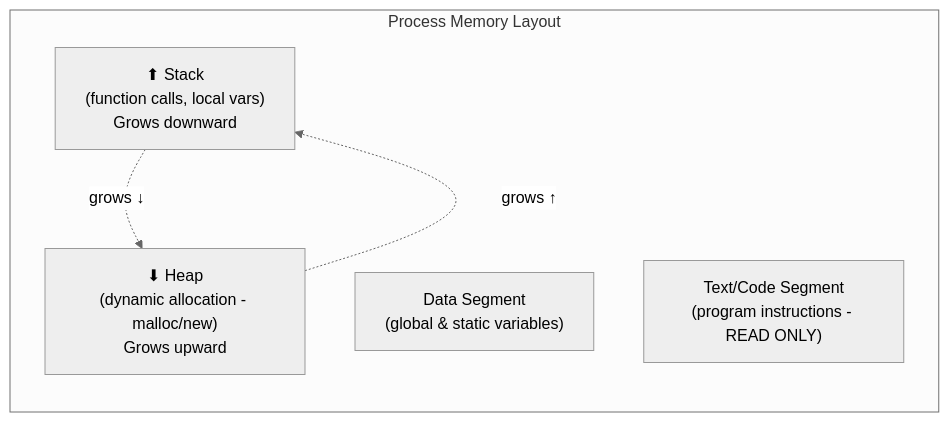
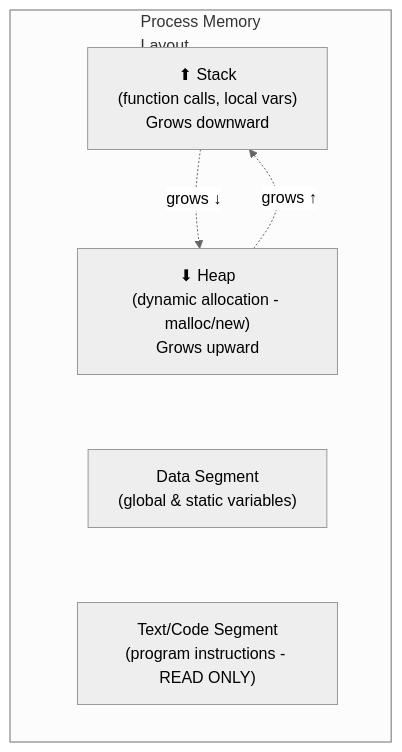
One commit to amitdevx/TY changed the first of 4 diagrams in 01-Semester-V/CS-302-MJ-T-Operating-Systems/Unit-2.md. Above: the diagram before and after it, drawn with Mermaid (neutral theme). The commit also changed other lines of this file and 65 other files, not shown here.

Commit message:
fix:graph vertical

````diff
--- a/01-Semester-V/CS-302-MJ-T-Operating-Systems/Unit-2.md
+++ b/01-Semester-V/CS-302-MJ-T-Operating-Systems/Unit-2.md
@@ -59,12 +59,13 @@
 ```mermaid
 graph TD
-    subgraph Process["Process Memory Layout"]
+    subgraph Process["Process Memory<br/>Layout"]
         direction TB
         A["⬆ Stack<br/>(function calls, local vars)<br/>Grows downward"]
         B["⬇ Heap<br/>(dynamic allocation - malloc/new)<br/>Grows upward"]
         C["Data Segment<br/>(global & static variables)"]
         D["Text/Code Segment<br/>(program instructions - READ ONLY)"]
+        A ~~~ B ~~~ C ~~~ D
     end
     A -.->|"grows ↓"| B
     B -.->|"grows ↑"| A
 ```
````
